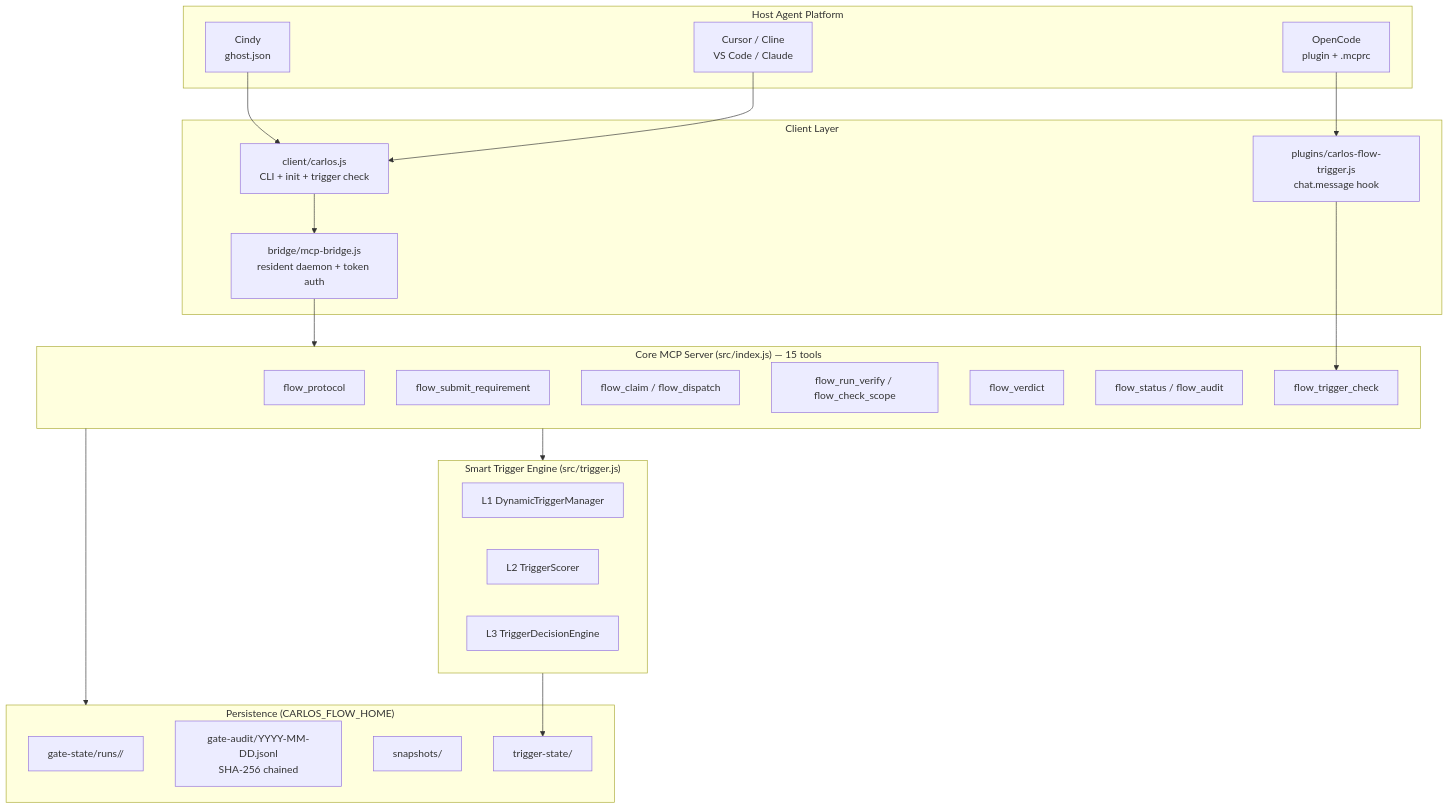
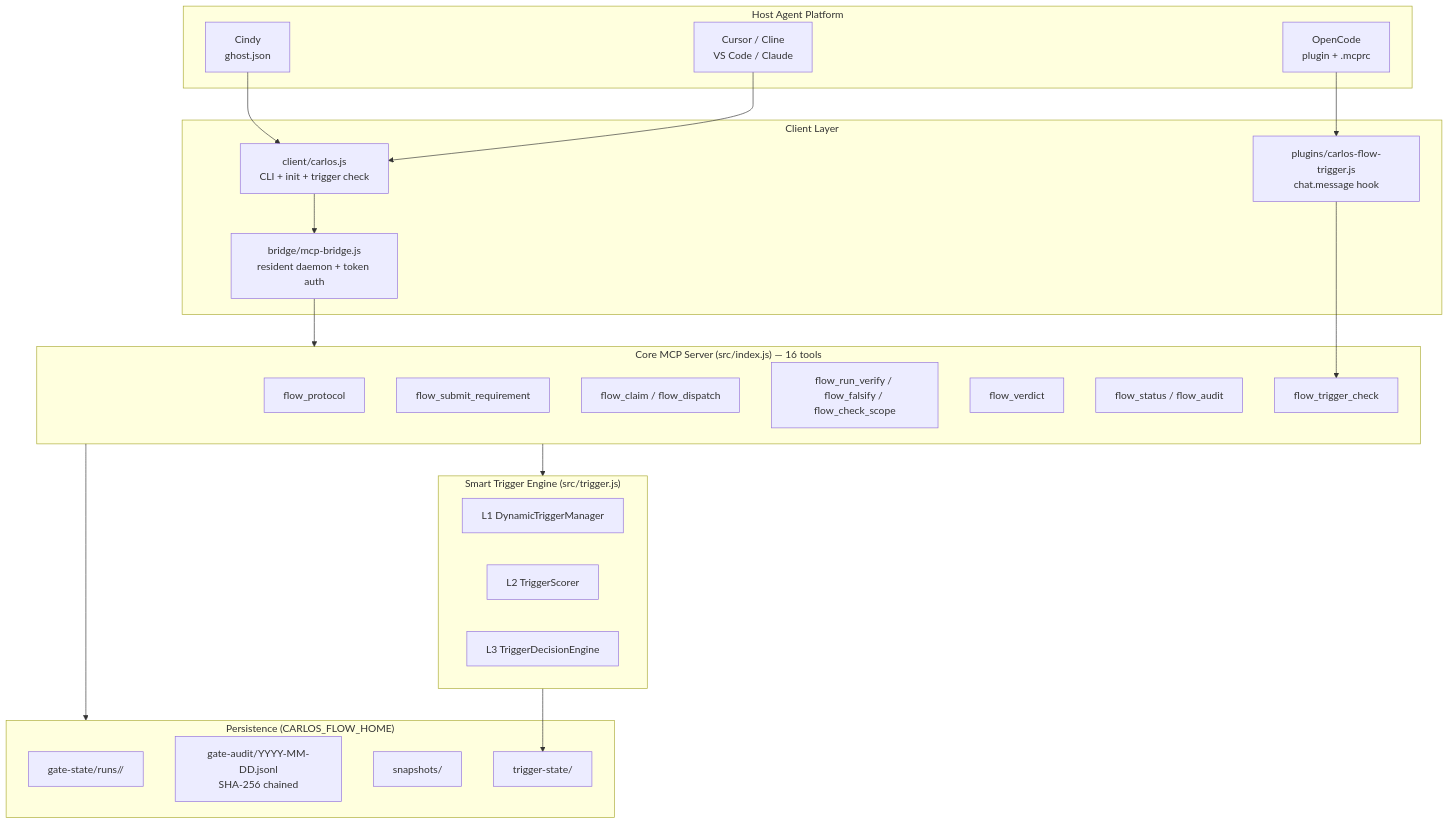
The diagram in README.en.md (skyer-now/carlos-flow), drawn with Mermaid before and after one commit. The commit also changed other lines of this file and 16 other files, not shown here.

````diff
--- a/README.en.md
+++ b/README.en.md
@@ -105,47 +107,47 @@
 ```mermaid
 flowchart TB
     subgraph Host["Host Agent Platform"]
         Cindy[Cindy<br/>ghost.json]
         OpenCode[OpenCode<br/>plugin + .mcprc]
         Cursor[Cursor / Cline<br/>VS Code / Claude]
     end
 
     subgraph Client["Client Layer"]
         CLI["client/carlos.js<br/>CLI + init + trigger check"]
         Bridge["bridge/mcp-bridge.js<br/>resident daemon + token auth"]
         Plugin["plugins/carlos-flow-trigger.js<br/>chat.message hook"]
     end
 
-    subgraph Core["Core MCP Server (src/index.js) — 15 tools"]
+    subgraph Core["Core MCP Server (src/index.js) — 16 tools"]
         Protocol["flow_protocol"]
         Submit["flow_submit_requirement"]
         Dispatch["flow_claim / flow_dispatch"]
-        Verify["flow_run_verify / flow_check_scope"]
+        Verify["flow_run_verify / flow_falsify / flow_check_scope"]
         Verdict["flow_verdict"]
         Audit["flow_status / flow_audit"]
         Trigger["flow_trigger_check"]
     end
 
     subgraph Engine["Smart Trigger Engine (src/trigger.js)"]
         L1["L1 DynamicTriggerManager"]
         L2["L2 TriggerScorer"]
         L3["L3 TriggerDecisionEngine"]
     end
 
     subgraph Storage["Persistence (CARLOS_FLOW_HOME)"]
         State["gate-state/runs/<sid>/"]
         AuditLog["gate-audit/YYYY-MM-DD.jsonl<br/>SHA-256 chained"]
         Snap["snapshots/"]
         TrigState["trigger-state/"]
     end
 
     Cindy --> CLI
     OpenCode --> Plugin
     Cursor --> CLI
     Plugin --> Trigger
     CLI --> Bridge
     Bridge --> Core
     Core --> Engine
     Core --> Storage
     Engine --> TrigState
 ```
````
